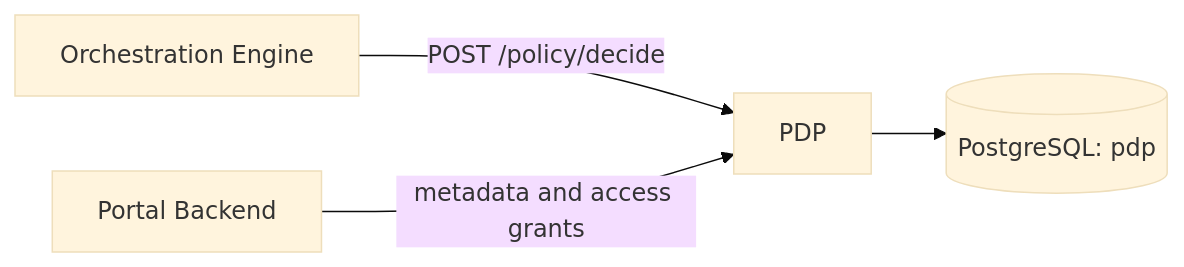
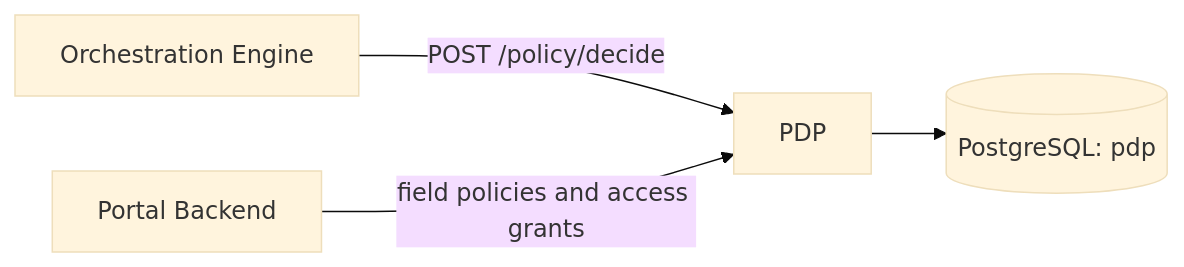
The diagram in cmd/pdp/README.md (openndx/openndx-core), drawn with Mermaid (base theme) before and after one commit. The commit also changed other lines of this file and 49 other files, not shown here.

First line of the commit message:
refactor(pdp,pb)!: rename the policy metadata API to field policies (#774)

````diff
--- a/cmd/pdp/README.md
+++ b/cmd/pdp/README.md
@@ -9,6 +9,6 @@
 ```mermaid
 flowchart LR
     OE[Orchestration Engine] -->|POST /policy/decide| PDP
-    PB[Portal Backend] -->|metadata and access grants| PDP
+    PB[Portal Backend] -->|field policies and access grants| PDP
     PDP --> DB[(PostgreSQL: pdp)]
 ```
````
